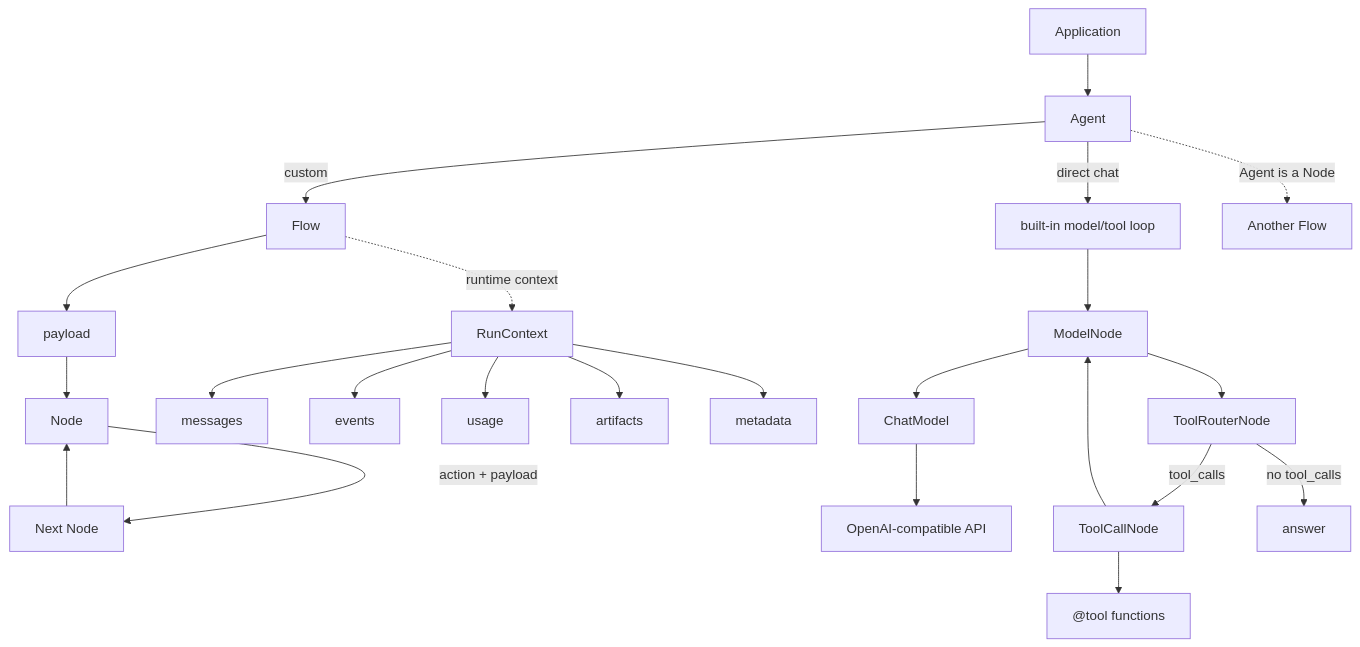
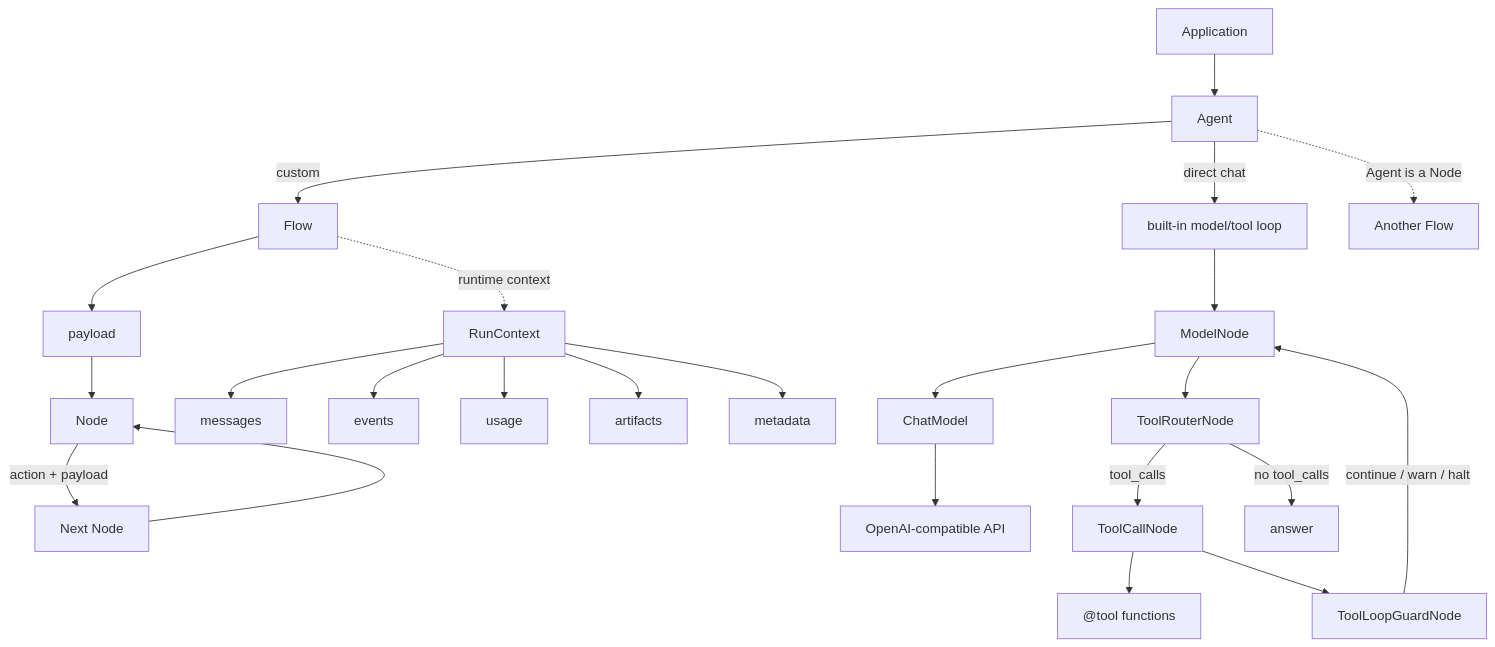
One commit to Lancetwang/agent-core-runtime changed the diagram in README.md. Above: the diagram before and after it, drawn with Mermaid. The commit also changed other lines of this file and 24 other files, not shown here.

Commit message:
feat(runtime)!: add native async graphs and loop safeguards

````diff
--- a/README.md
+++ b/README.md
@@ -36,28 +37,29 @@
 ```mermaid
 flowchart TD
     App["Application"] --> Agent["Agent"]
     Agent -->|"direct chat"| BuiltIn["built-in model/tool loop"]
     Agent -->|"custom"| Flow["Flow"]
     Agent -. "Agent is a Node" .-> OuterFlow["Another Flow"]
 
     Flow --> Data["payload"]
     Data --> Node["Node"]
     Node -->|"action + payload"| Next["Next Node"]
     Next --> Node
 
     Flow -. "runtime context" .-> Context["RunContext"]
     Context --> Messages["messages"]
     Context --> Events["events"]
     Context --> Usage["usage"]
     Context --> Artifacts["artifacts"]
     Context --> Metadata["metadata"]
 
     BuiltIn --> ModelNode["ModelNode"]
     ModelNode --> ChatModel["ChatModel"]
     ChatModel --> OpenAI["OpenAI-compatible API"]
     ModelNode --> Router["ToolRouterNode"]
     Router -->|"tool_calls"| ToolNode["ToolCallNode"]
     ToolNode --> Tools["@tool functions"]
-    ToolNode --> ModelNode
+    ToolNode --> Guard["ToolLoopGuardNode"]
+    Guard -->|"continue / warn / halt"| ModelNode
     Router -->|"no tool_calls"| Answer["answer"]
 ```
````
